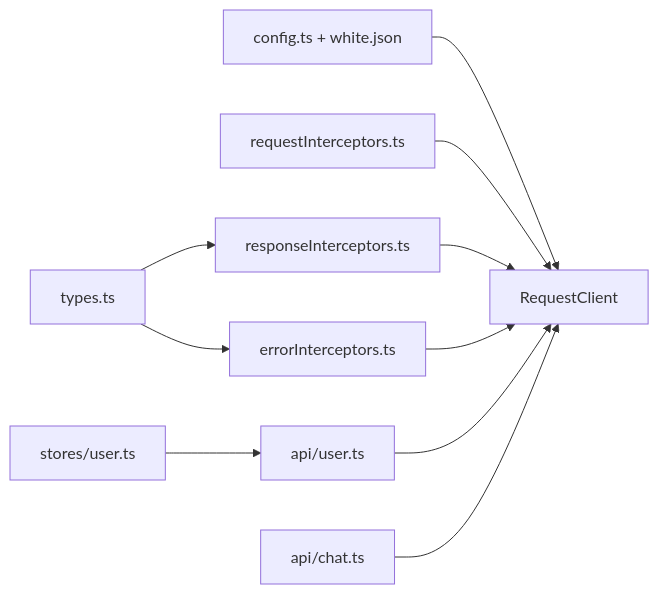
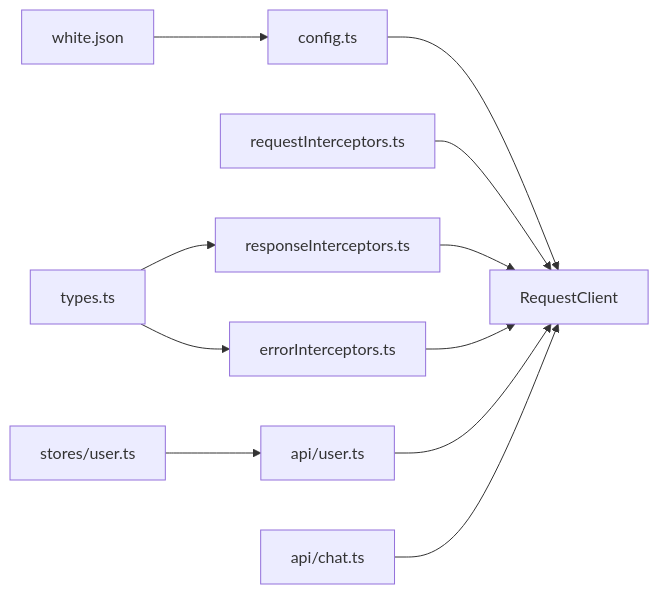
One commit to cyu100235/lingjing-ai changed the sixth of 6 diagrams in .qoder/repowiki/zh/content/架构设计/前端架构设计/HTTP客户端与API封装.md. Above: the diagram before and after it, drawn with Mermaid. The commit also changed other lines of this file and 12 other files, not shown here.

````diff
--- a/.qoder/repowiki/zh/content/架构设计/前端架构设计/HTTP客户端与API封装.md
+++ b/.qoder/repowiki/zh/content/架构设计/前端架构设计/HTTP客户端与API封装.md
@@ -291,12 +384,13 @@
 ```mermaid
 graph LR
-Config["config.ts + white.json"] --> Client["RequestClient"]
+Config["config.ts"] --> Client["RequestClient"]
+WhiteJson["white.json"] --> Config
 ReqInt["requestInterceptors.ts"] --> Client
 ResInt["responseInterceptors.ts"] --> Client
 ErrInt["errorInterceptors.ts"] --> Client
 Types["types.ts"] --> ResInt
 Types --> ErrInt
 UserAPI["api/user.ts"] --> Client
 ChatAPI["api/chat.ts"] --> Client
 UserStore["stores/user.ts"] --> UserAPI
 ```
````
